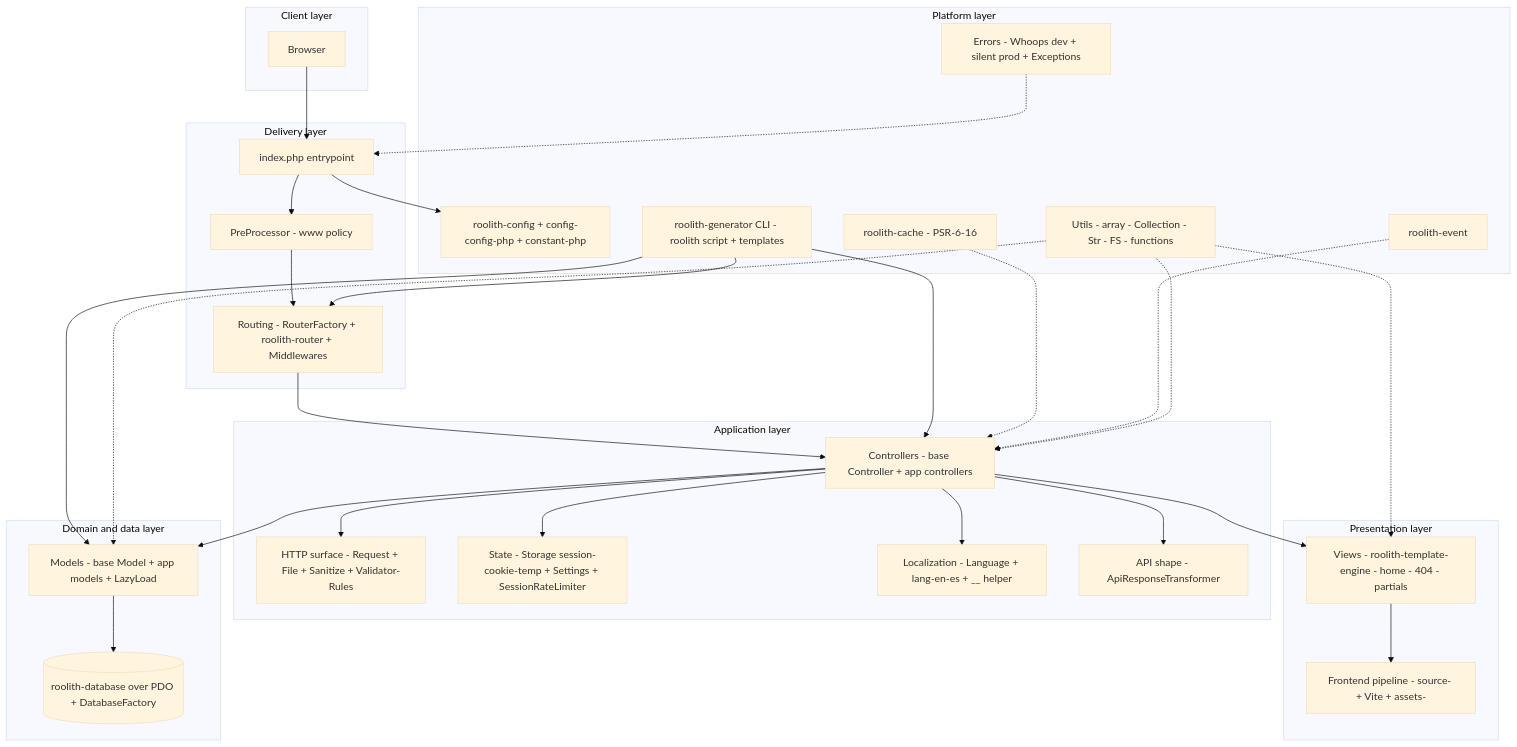
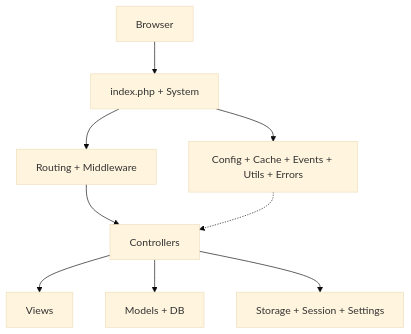
One commit to im4aLL/roolith-framework changed the second of 3 diagrams in documentation/docs/architecture.md. Above: the diagram before and after it, drawn with Mermaid (base theme). The commit also changed other lines of this file and 25 other files, not shown here.

````diff
--- a/documentation/docs/architecture.md
+++ b/documentation/docs/architecture.md
@@ -44,56 +43,11 @@
 ```mermaid
 flowchart TB
-    subgraph Client [Client layer]
-        B[Browser]
-    end
-    subgraph Delivery [Delivery layer]
-        Entry[index.php entrypoint]
-        Pre[PreProcessor - www policy]
-        Router[Routing - RouterFactory + roolith-router + Middlewares]
-    end
-    subgraph Application [Application layer]
-        Ctrl[Controllers - base Controller + app controllers]
-        Req[HTTP surface - Request + File + Sanitize + Validator-Rules]
-        State[State - Storage session-cookie-temp + Settings + SessionRateLimiter]
-        I18n[Localization - Language + lang-en-es + __ helper]
-        Resp[API shape - ApiResponseTransformer]
-    end
-    subgraph Presentation [Presentation layer]
-        View[Views - roolith-template-engine - home - 404 - partials]
-        Front[Frontend pipeline - source- + Vite + assets-]
-    end
-    subgraph DomainData [Domain and data layer]
-        Model[Models - base Model + app models + LazyLoad]
-        DB[(roolith-database over PDO + DatabaseFactory)]
-    end
-    subgraph Platform [Platform layer]
-        Cfg[roolith-config + config-config-php + constant-php]
-        Cache[roolith-cache - PSR-6-16]
-        Ev[roolith-event]
-        Gen[roolith-generator CLI - roolith script + templates]
-        Util[Utils - array - Collection - Str - FS - functions]
-        Err[Errors - Whoops dev + silent prod + Exceptions]
-    end
-    B --> Entry
-    Entry --> Pre
-    Entry --> Cfg
-    Pre --> Router
-    Router --> Ctrl
-    Ctrl --> Req
-    Ctrl --> View
-    Ctrl --> Model
-    Ctrl --> State
-    Ctrl --> I18n
-    Ctrl --> Resp
-    Model --> DB
-    View --> Front
-    Gen --> Ctrl
-    Gen --> Model
-    Gen --> Router
-    Cache -.-> Ctrl
-    Ev -.-> Ctrl
-    Util -.-> Ctrl
-    Util -.-> Model
-    Util -.-> View
-    Err -.-> Entry
+    B[Browser] --> Entry[index.php + System]
+    Entry --> Router[Routing + Middleware]
+    Router --> Ctrl[Controllers]
+    Ctrl --> View[Views]
+    Ctrl --> Model[Models + DB]
+    Ctrl --> State[Storage + Session + Settings]
+    Entry --> Platform[Config + Cache + Events + Utils + Errors]
+    Platform -.-> Ctrl
 ```
````
